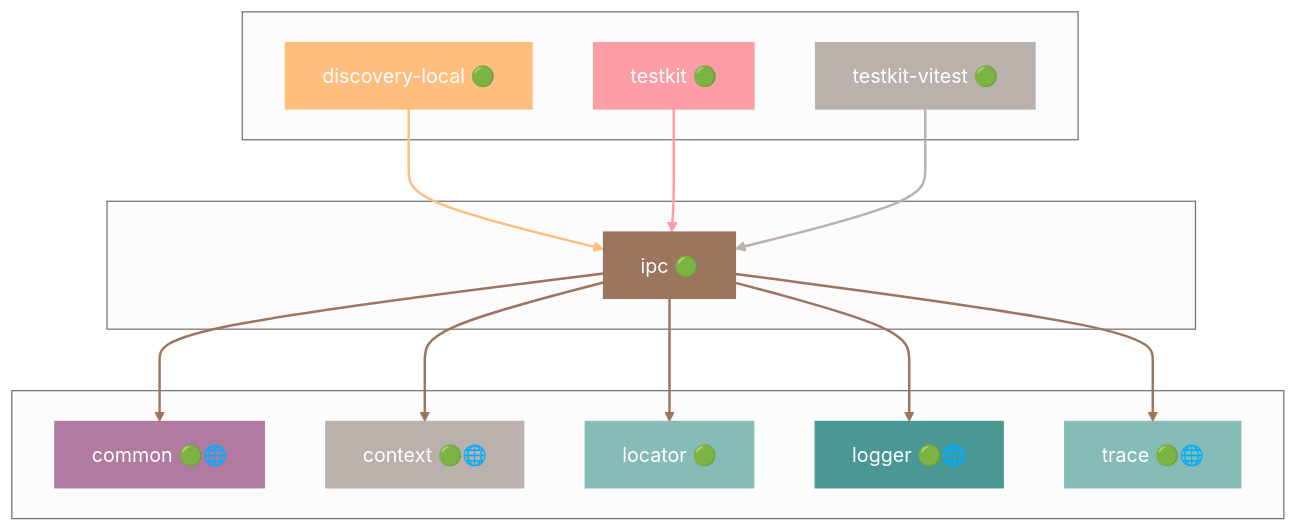
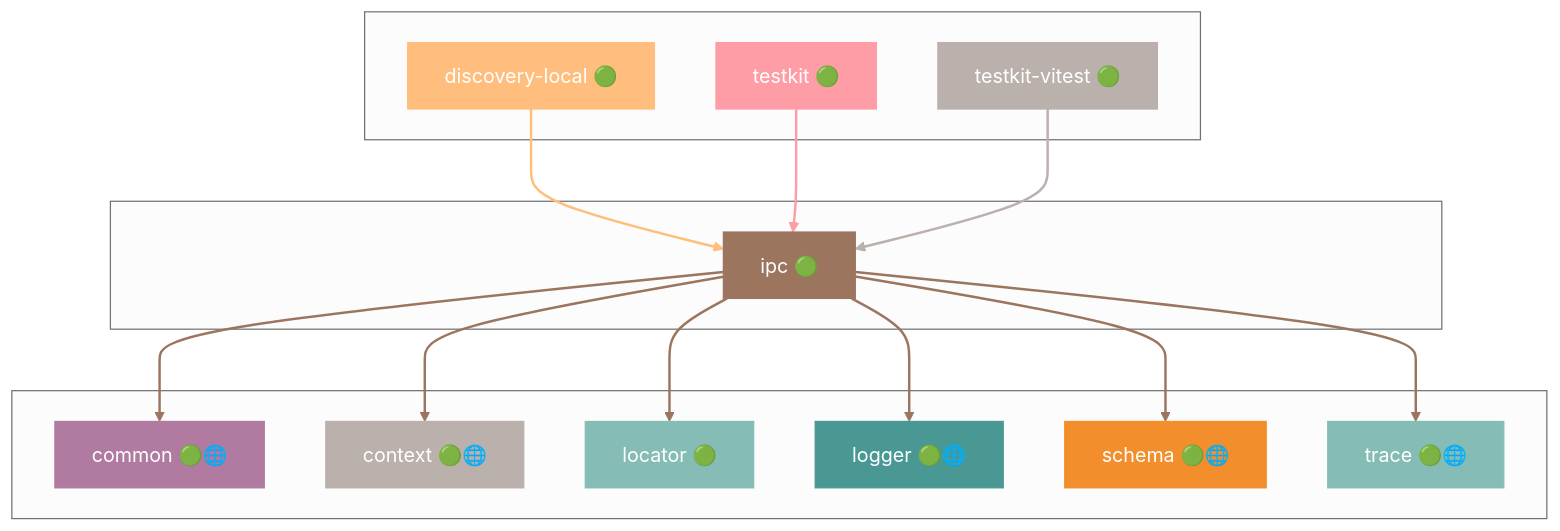
One commit to grest-ts/grest-ts changed diagram 28 of 50 in docs/DEPENDENCIES.md. Above: the diagram before and after it, drawn with Mermaid (neutral theme). The commit also changed other lines of this file and 5 other files, not shown here.

````diff
--- a/docs/DEPENDENCIES.md
+++ b/docs/DEPENDENCIES.md
@@ -1461,43 +1465,47 @@
 ```mermaid
 flowchart TB
     subgraph Dependents[" "]
         discovery-local["discovery-local 🟢"]
         testkit["testkit 🟢"]
         testkit-vitest["testkit-vitest 🟢"]
     end
     subgraph Package[" "]
         ipc["ipc 🟢"]
     end
     subgraph Dependencies[" "]
         common["common 🟢🌐"]
         context["context 🟢🌐"]
         locator["locator 🟢"]
         logger["logger 🟢🌐"]
+        schema["schema 🟢🌐"]
         trace["trace 🟢🌐"]
     end
     discovery-local --> ipc
     testkit --> ipc
     testkit-vitest --> ipc
     ipc --> common
     ipc --> context
     ipc --> locator
     ipc --> logger
+    ipc --> schema
     ipc --> trace
     style ipc fill:#9C755F,stroke:#9C755F,color:#fff
     style discovery-local fill:#FFBE7D,stroke:#FFBE7D,color:#fff
     style testkit fill:#FF9DA7,stroke:#FF9DA7,color:#fff
     style testkit-vitest fill:#BAB0AC,stroke:#BAB0AC,color:#fff
     style common fill:#B07AA1,stroke:#B07AA1,color:#fff
     style context fill:#BAB0AC,stroke:#BAB0AC,color:#fff
     style locator fill:#86BCB6,stroke:#86BCB6,color:#fff
     style logger fill:#499894,stroke:#499894,color:#fff
+    style schema fill:#F28E2B,stroke:#F28E2B,color:#fff
     style trace fill:#86BCB6,stroke:#86BCB6,color:#fff
     linkStyle 0 stroke:#FFBE7D,stroke-width:2px
     linkStyle 1 stroke:#FF9DA7,stroke-width:2px
     linkStyle 2 stroke:#BAB0AC,stroke-width:2px
     linkStyle 3 stroke:#9C755F,stroke-width:2px
     linkStyle 4 stroke:#9C755F,stroke-width:2px
     linkStyle 5 stroke:#9C755F,stroke-width:2px
     linkStyle 6 stroke:#9C755F,stroke-width:2px
     linkStyle 7 stroke:#9C755F,stroke-width:2px
+    linkStyle 8 stroke:#9C755F,stroke-width:2px
 ```
````
